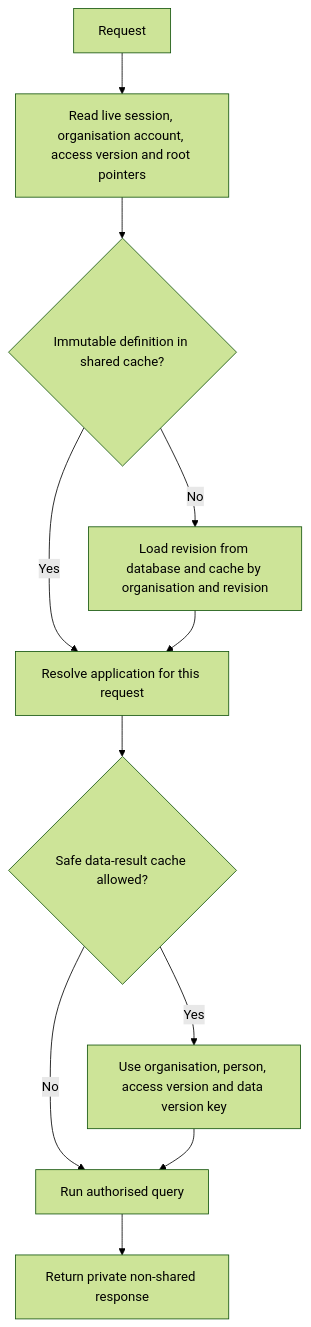
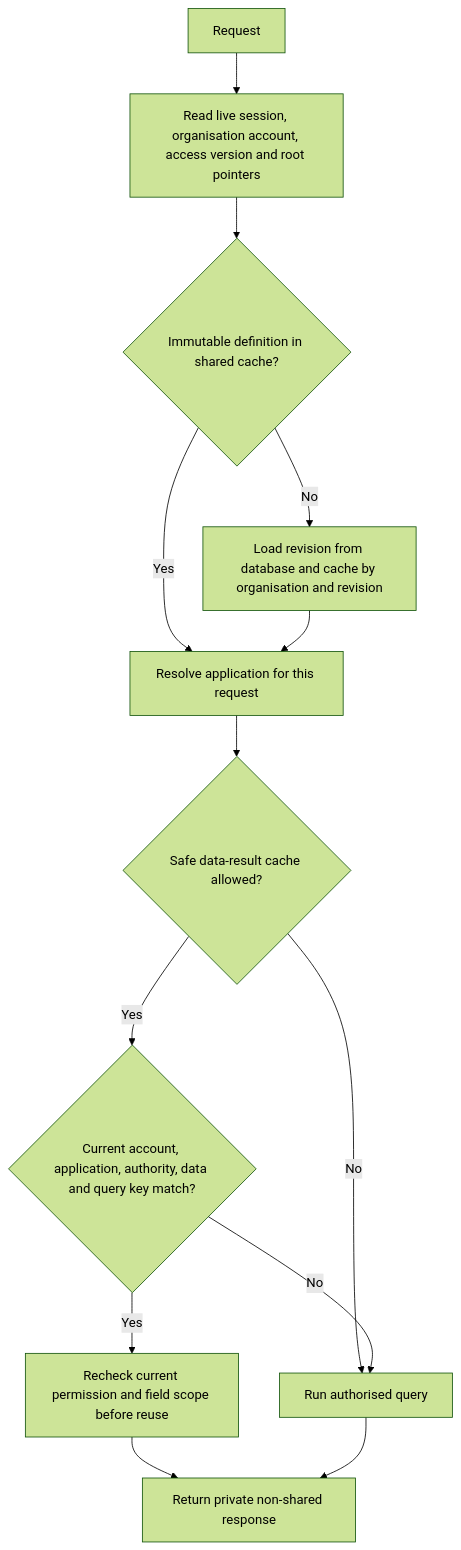
One commit to Abzum-NZ/Abzum-Vortex changed the seventh of 7 diagrams in docs/specification/17-runtime-storage-and-caching.md. Above: the diagram before and after it, drawn with Mermaid (forest theme). The commit also changed other lines of this file and 4 other files, not shown here.

Commit message:
Clarify page permission engine and sequence real query caching

````diff
--- a/docs/specification/17-runtime-storage-and-caching.md
+++ b/docs/specification/17-runtime-storage-and-caching.md
@@ -378,13 +378,15 @@
 ```mermaid
 flowchart TD
     REQ[Request] --> LIVE[Read live session, organisation account, access version and root pointers]
     LIVE --> DEF{Immutable definition in shared cache?}
     DEF -- Yes --> RESOLVE[Resolve application for this request]
     DEF -- No --> DBDEF[Load revision from database and cache by organisation and revision]
     DBDEF --> RESOLVE
     RESOLVE --> DATA{Safe data-result cache allowed?}
-    DATA -- Yes --> CHECK[Use organisation, person, access version and data version key]
+    DATA -- Yes --> CHECK{Current account, application, authority, data and query key match?}
     DATA -- No --> QUERY[Run authorised query]
-    CHECK --> QUERY
+    CHECK -- No --> QUERY
+    CHECK -- Yes --> HIT[Recheck current permission and field scope before reuse]
+    HIT --> PAGE
     QUERY --> PAGE[Return private non-shared response]
 ```
````
